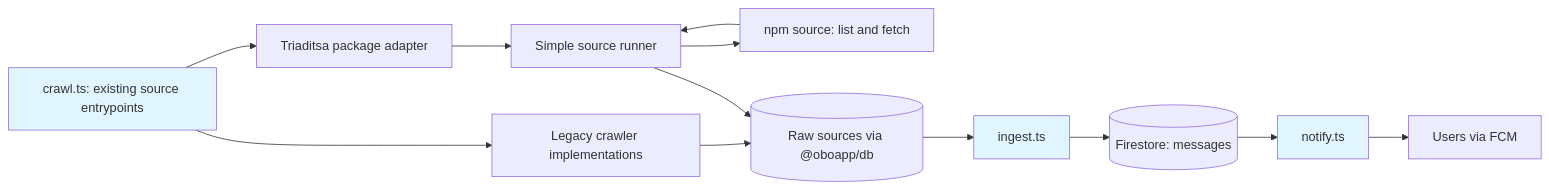
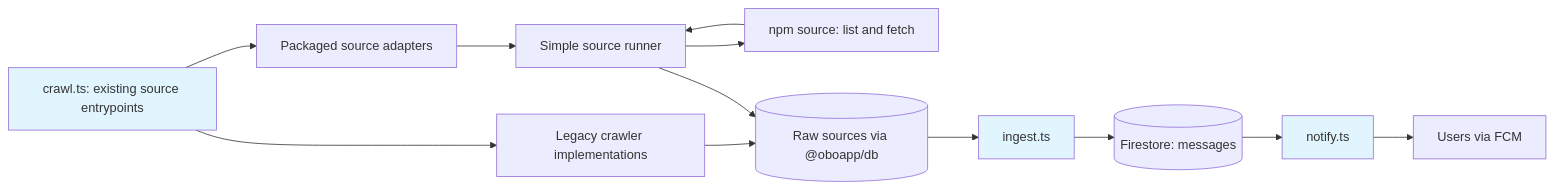
One commit to vbuch/oboapp changed the diagram in ingest/README.md. Above: the diagram before and after it, drawn with Mermaid. The commit also changed other lines of this file and 13 other files, not shown here.

Commit message:
feat(ingest): switch Toplo to its published source package

````diff
--- a/ingest/README.md
+++ b/ingest/README.md
@@ -13,18 +13,18 @@
 ```mermaid
 graph LR
     B[crawl.ts: existing source entrypoints] --> L[Legacy crawler implementations]
-    B --> T[Triaditsa package adapter]
+    B --> T[Packaged source adapters]
     T --> R[Simple source runner]
     R --> P[npm source: list and fetch]
     P --> R
     L --> C[(Raw sources via @oboapp/db)]
     R --> C
     C --> D[ingest.ts]
     D --> E[(Firestore: messages)]
     E --> F[notify.ts]
     F --> G[Users via FCM]
 
     style B fill:#e1f5ff
     style D fill:#e1f5ff
     style F fill:#e1f5ff
 ```
````
